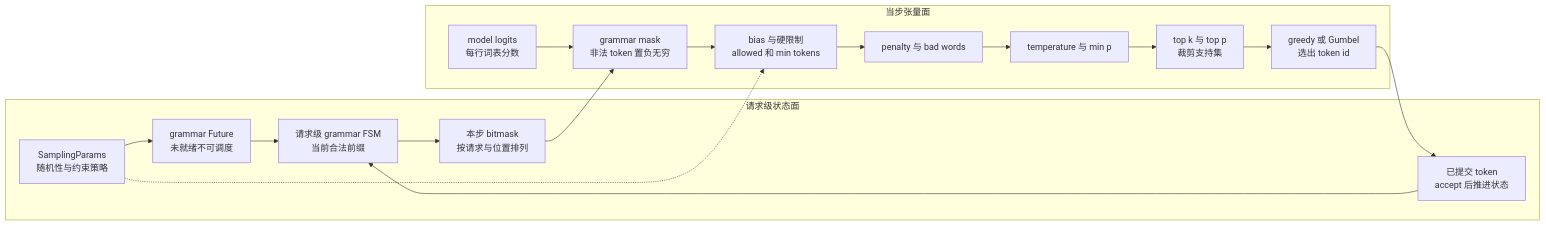
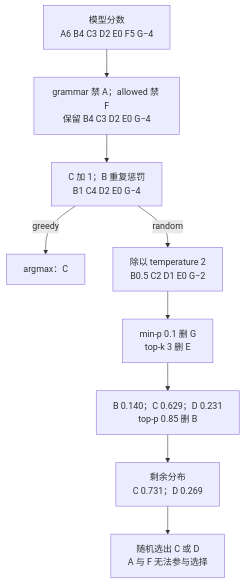
The first of 4 diagrams in wiki/02_engineering/03_infer_frameworks/vllm/18_vllm_sampling_structured_output_analysis.md (suhaibo666/llm-knowledge), drawn with Mermaid before and after one commit. The commit also changed other lines of this file and 49 other files, not shown here.

````diff
--- a/wiki/02_engineering/03_infer_frameworks/vllm/18_vllm_sampling_structured_output_analysis.md
+++ b/wiki/02_engineering/03_infer_frameworks/vllm/18_vllm_sampling_structured_output_analysis.md
@@ -35,20 +42,11 @@
 ```mermaid
-flowchart LR
-    subgraph state["请求级状态面"]
-        P["SamplingParams<br/>随机性与约束策略"] --> F["grammar Future<br/>未就绪不可调度"]
-        F --> G["请求级 grammar FSM<br/>当前合法前缀"]
-        G --> B["本步 bitmask<br/>按请求与位置排列"]
-        C["已提交 token<br/>accept 后推进状态"] --> G
-    end
-    subgraph tensor["当步张量面"]
-        L["model logits<br/>每行词表分数"] --> M["grammar mask<br/>非法 token 置负无穷"]
-        M --> A["bias 与硬限制<br/>allowed 和 min tokens"]
-        A --> E["penalty 与 bad words"]
-        E --> T["temperature 与 min p"]
-        T --> K["top k 与 top p<br/>裁剪支持集"]
-        K --> S["greedy 或 Gumbel<br/>选出 token id"]
-    end
-    P -.-> A
-    B --> M
-    S --> C
+flowchart TB
+    L["模型分数<br/>A6 B4 C3 D2 E0 F5 G−4"] --> M["grammar 禁 A；allowed 禁 F<br/>保留 B4 C3 D2 E0 G−4"]
+    M --> P["C 加 1；B 重复惩罚<br/>B1 C4 D2 E0 G−4"]
+    P -->|greedy| G["argmax：C"]
+    P -->|random| T["除以 temperature 2<br/>B0.5 C2 D1 E0 G−2"]
+    T --> N["min-p 0.1 删 G<br/>top-k 3 删 E"]
+    N --> K["B 0.140；C 0.629；D 0.231<br/>top-p 0.85 删 B"]
+    K --> S["剩余分布<br/>C 0.731；D 0.269"]
+    S --> O["随机选出 C 或 D<br/>A 与 F 无法参与选择"]
 ```
````
